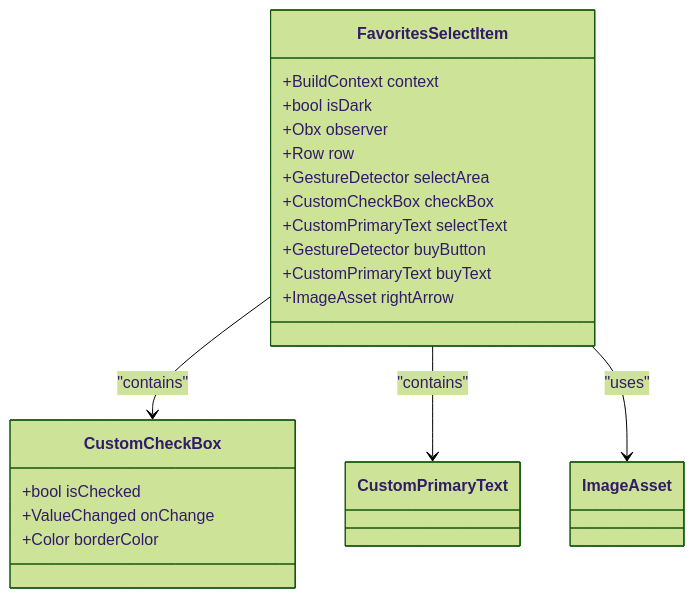
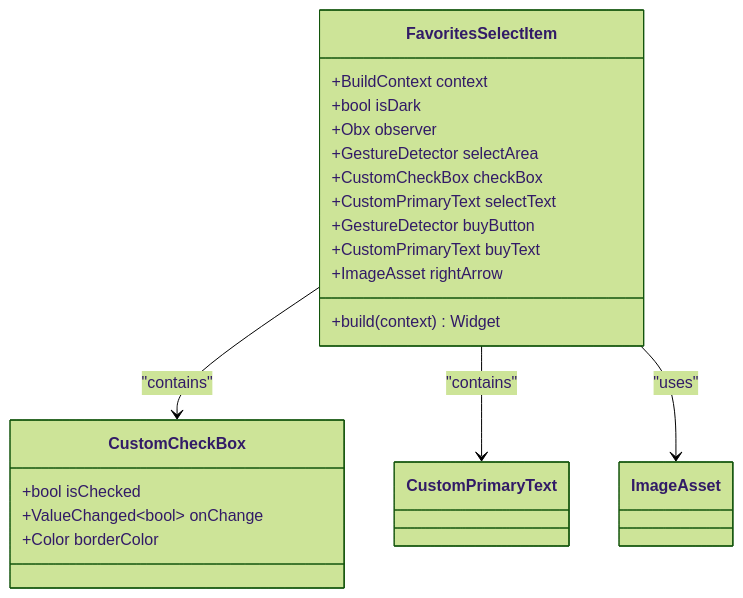
Diagram 12 of 14 in .qoder/repowiki/en/content/Core Features/Favorites Module.md (Ariful3111/FurniGo), drawn with Mermaid (forest theme) before and after one commit. The commit also changed other lines of this file and 67 other files, not shown here.

````diff
--- a/.qoder/repowiki/en/content/Core Features/Favorites Module.md
+++ b/.qoder/repowiki/en/content/Core Features/Favorites Module.md
@@ -400,23 +615,23 @@
 ```mermaid
 classDiagram
 class FavoritesSelectItem {
 +BuildContext context
 +bool isDark
++build(context) Widget
 +Obx observer
-+Row row
 +GestureDetector selectArea
 +CustomCheckBox checkBox
 +CustomPrimaryText selectText
 +GestureDetector buyButton
 +CustomPrimaryText buyText
 +ImageAsset rightArrow
 }
 class CustomCheckBox {
 +bool isChecked
-+ValueChanged onChange
++ValueChanged~bool~ onChange
 +Color borderColor
 }
 FavoritesSelectItem --> CustomCheckBox : "contains"
 FavoritesSelectItem --> CustomPrimaryText : "contains"
 FavoritesSelectItem --> ImageAsset : "uses"
 ```
````
